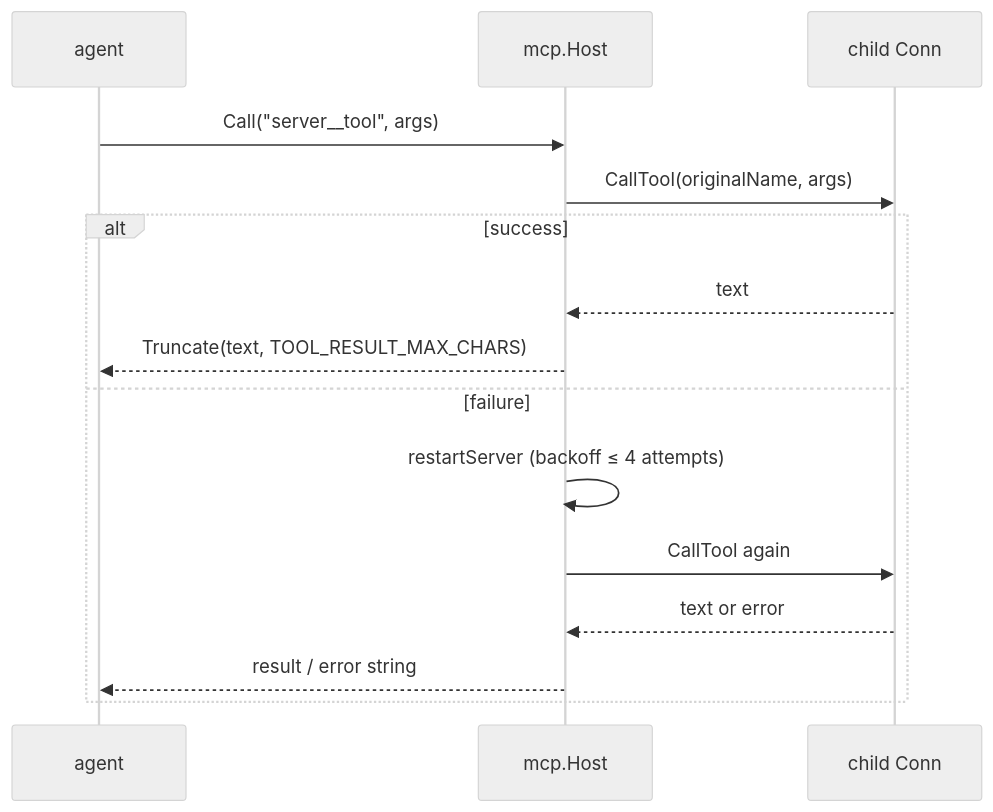
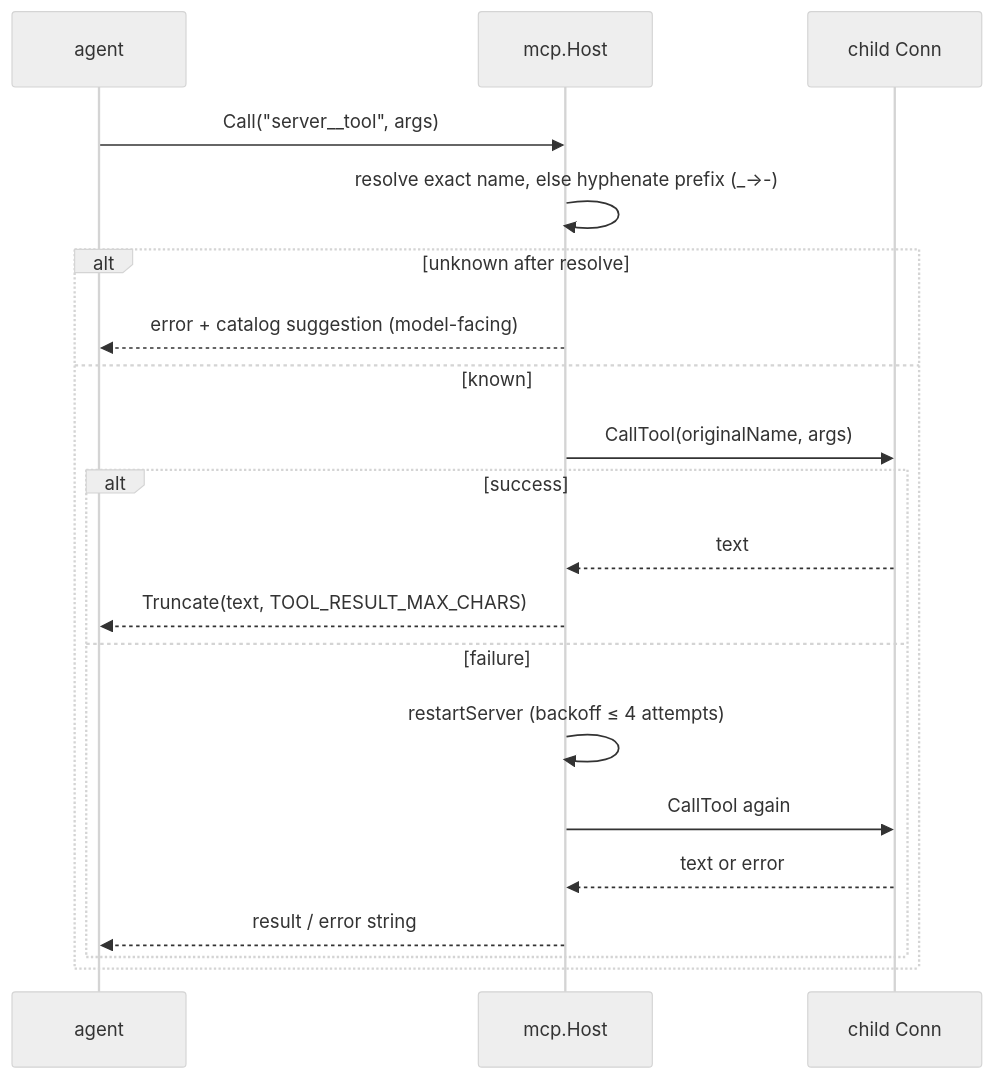
One commit to shotah/ai-gantry changed the fifth of 7 diagrams in docs/architecture.md. Above: the diagram before and after it, drawn with Mermaid (neutral theme). The commit also changed other lines of this file and 10 other files, not shown here.

````diff
--- a/docs/architecture.md
+++ b/docs/architecture.md
@@ -151,18 +151,23 @@
 ```mermaid
 sequenceDiagram
   participant A as agent
   participant H as mcp.Host
   participant C as child Conn
 
   A->>H: Call("server__tool", args)
-  H->>C: CallTool(originalName, args)
-  alt success
-    C-->>H: text
-    H-->>A: Truncate(text, TOOL_RESULT_MAX_CHARS)
-  else failure
-    H->>H: restartServer (backoff ≤ 4 attempts)
-    H->>C: CallTool again
-    C-->>H: text or error
-    H-->>A: result / error string
+  H->>H: resolve exact name, else hyphenate prefix (_→-)
+  alt unknown after resolve
+    H-->>A: error + catalog suggestion (model-facing)
+  else known
+    H->>C: CallTool(originalName, args)
+    alt success
+      C-->>H: text
+      H-->>A: Truncate(text, TOOL_RESULT_MAX_CHARS)
+    else failure
+      H->>H: restartServer (backoff ≤ 4 attempts)
+      H->>C: CallTool again
+      C-->>H: text or error
+      H-->>A: result / error string
+    end
   end
 ```
````
